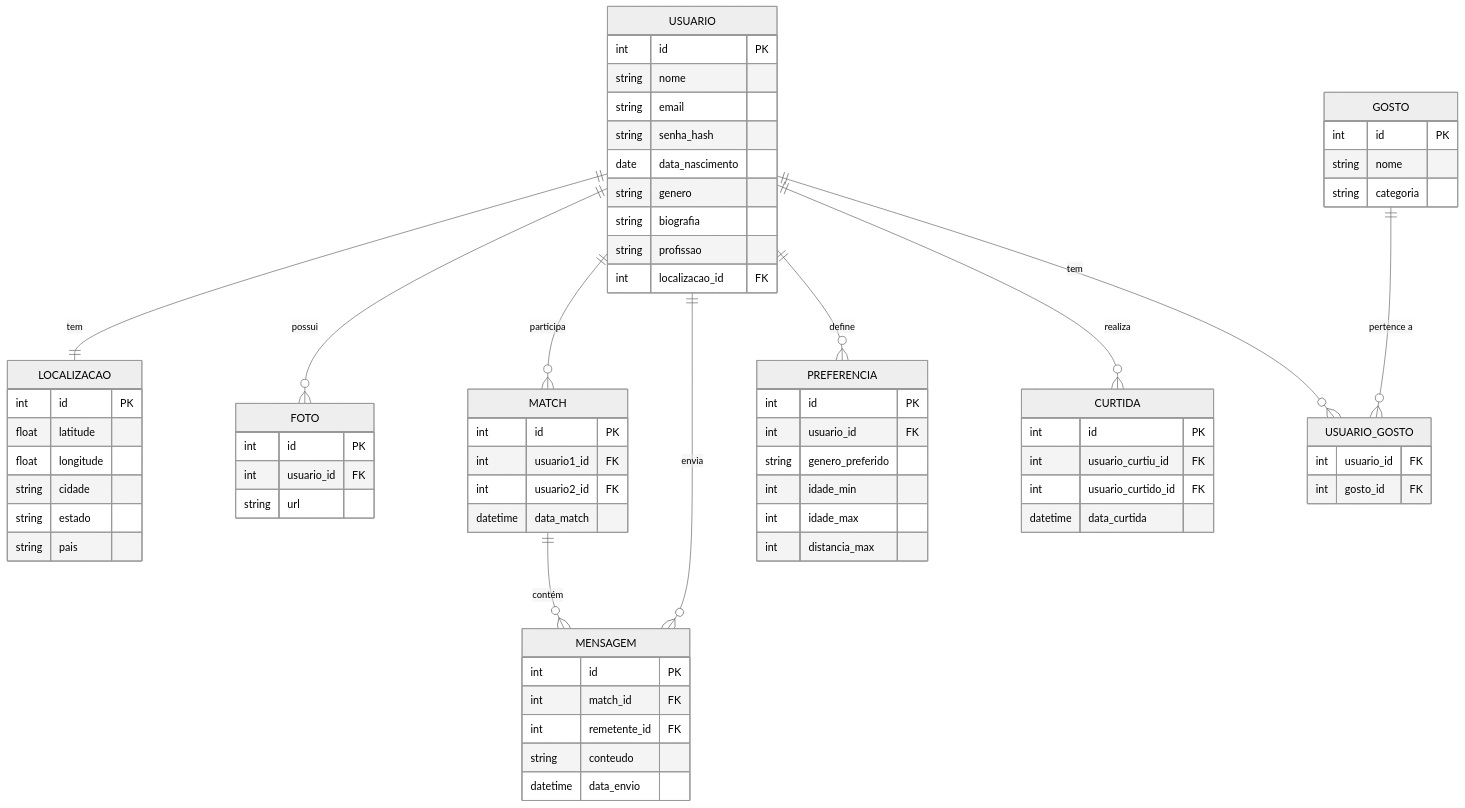
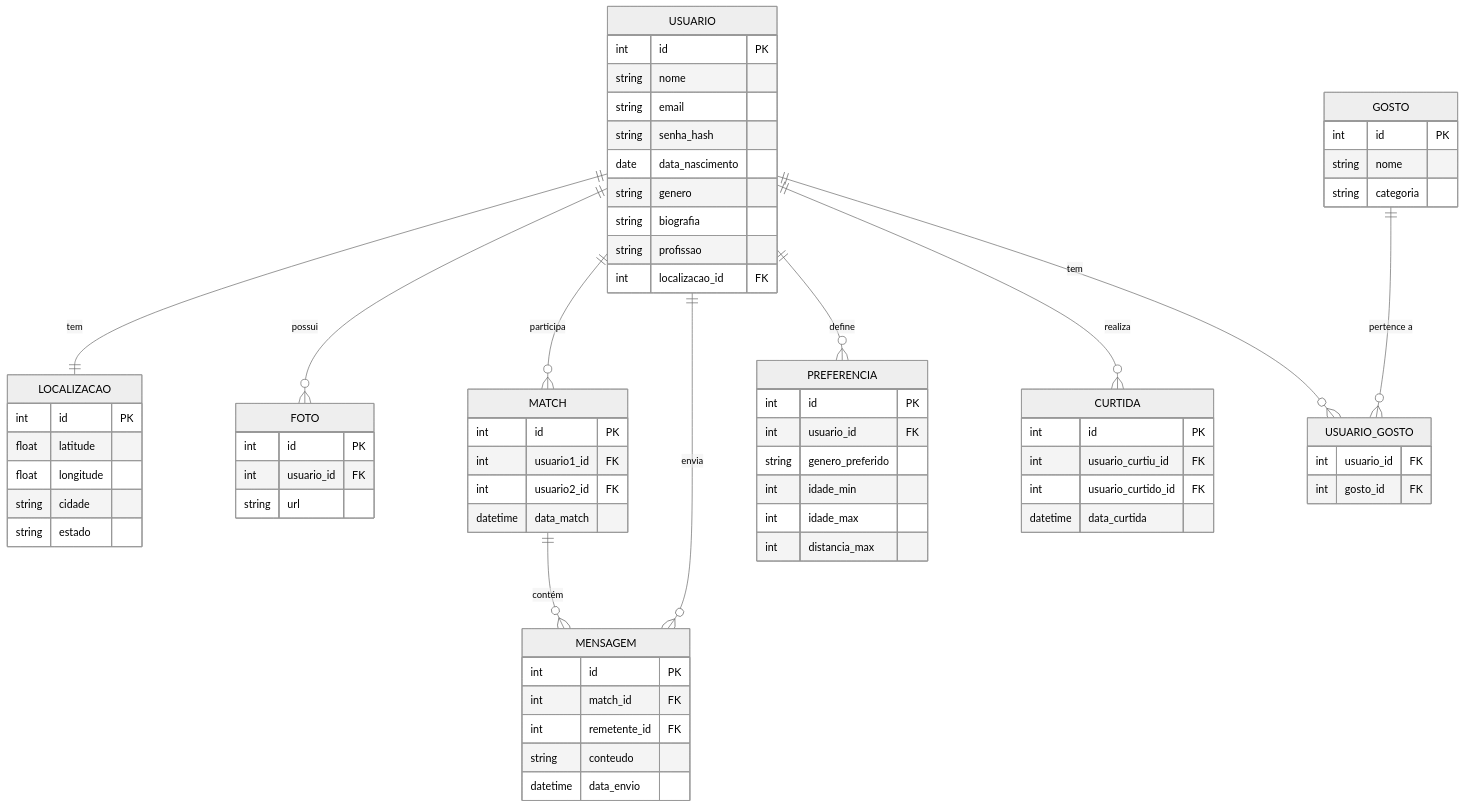
Before and after one commit to UnPapo/unpapo-back: the diagram in estrutura.mermaid, drawn with Mermaid (neutral theme).

```diff
--- a/estrutura.mermaid
+++ b/estrutura.mermaid
@@ -1,71 +1,70 @@
 erDiagram
     USUARIO {
         int id PK
         string nome
         string email
         string senha_hash
         date data_nascimento
         string genero
         string biografia
         string profissao
         int localizacao_id FK
     }
     LOCALIZACAO {
         int id PK
         float latitude
         float longitude
         string cidade
         string estado
-        string pais
     }
     FOTO {
         int id PK
         int usuario_id FK
         string url
     }
     MATCH {
         int id PK
         int usuario1_id FK
         int usuario2_id FK
         datetime data_match
     }
     MENSAGEM {
         int id PK
         int match_id FK
         int remetente_id FK
         string conteudo
         datetime data_envio
     }
     PREFERENCIA {
         int id PK
         int usuario_id FK
         string genero_preferido
         int idade_min
         int idade_max
         int distancia_max
     }
     CURTIDA {
         int id PK
         int usuario_curtiu_id FK
         int usuario_curtido_id FK
         datetime data_curtida
     }
     GOSTO {
         int id PK
         string nome
         string categoria
     }
     USUARIO_GOSTO {
         int usuario_id FK
         int gosto_id FK
     }
 
     USUARIO ||--|| LOCALIZACAO : "tem"
     USUARIO ||--o{ FOTO : "possui"
     USUARIO ||--o{ MATCH : "participa"
     USUARIO ||--o{ MENSAGEM : "envia"
     USUARIO ||--o{ PREFERENCIA : "define"
     USUARIO ||--o{ CURTIDA : "realiza"
     USUARIO ||--o{ USUARIO_GOSTO : "tem"
     GOSTO ||--o{ USUARIO_GOSTO : "pertence a"
     MATCH ||--o{ MENSAGEM : "contém"
```
